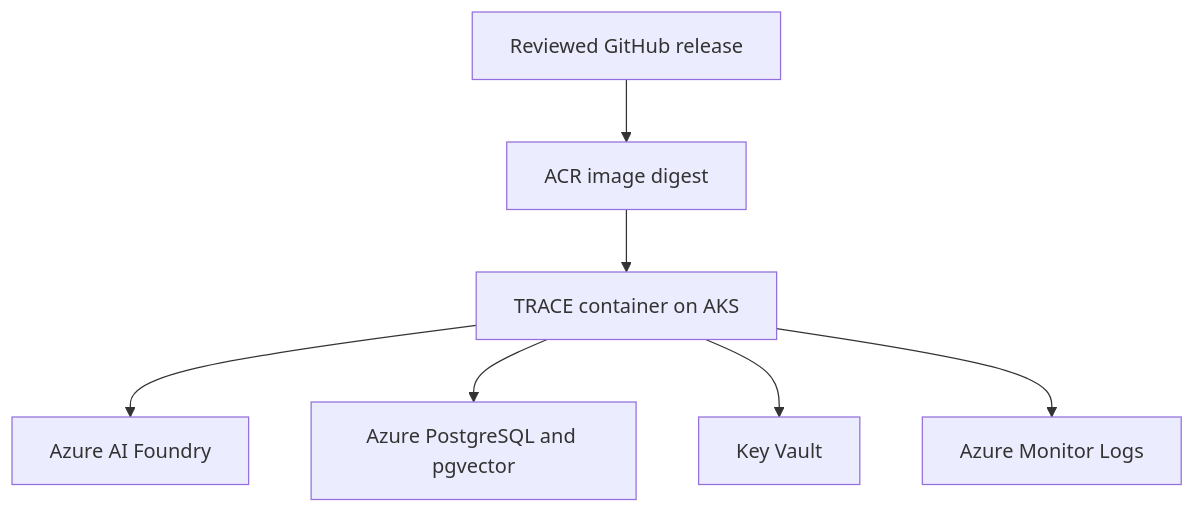
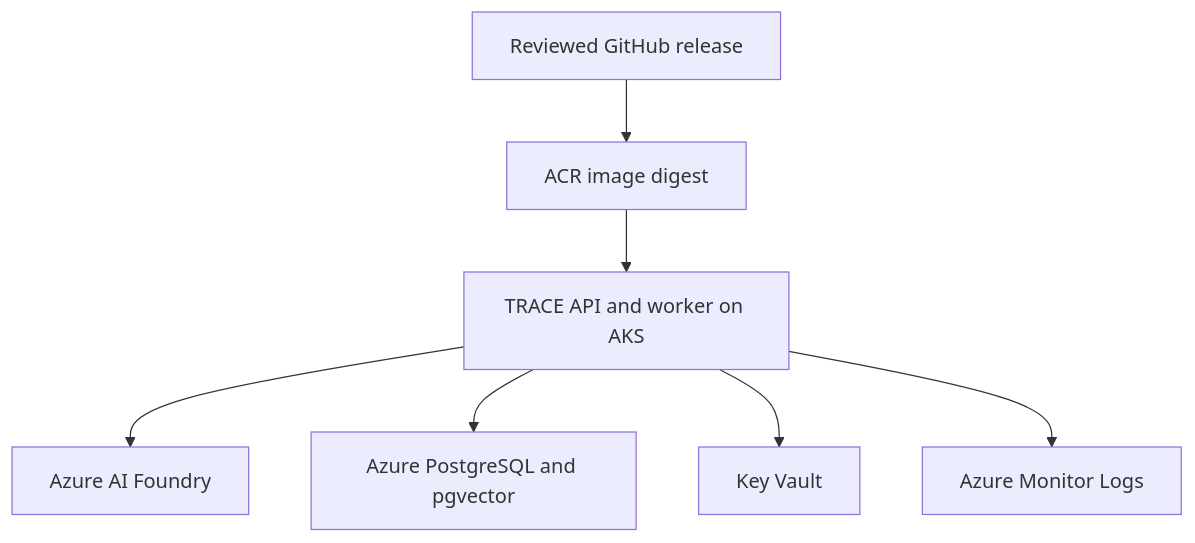
One commit to krispykrits/TRACE changed the diagram in docs/architecture/azure-cloud.md. Above: the diagram before and after it, drawn with Mermaid. The commit also changed other lines of this file, not shown here.

Commit message:
docs: align docs/architecture/azure-cloud.md with end-state roadmap

````diff
--- a/docs/architecture/azure-cloud.md
+++ b/docs/architecture/azure-cloud.md
@@ -9,9 +18,9 @@
 ```mermaid
 flowchart TD
   CI["Reviewed GitHub release"] --> Registry["ACR image digest"]
-  Registry --> Runtime["TRACE container on AKS"]
+  Registry --> Runtime["TRACE API and worker on AKS"]
   Runtime --> Model["Azure AI Foundry"]
   Runtime --> State["Azure PostgreSQL and pgvector"]
   Runtime --> Secrets["Key Vault"]
   Runtime --> Logs["Azure Monitor Logs"]
 ```
````
